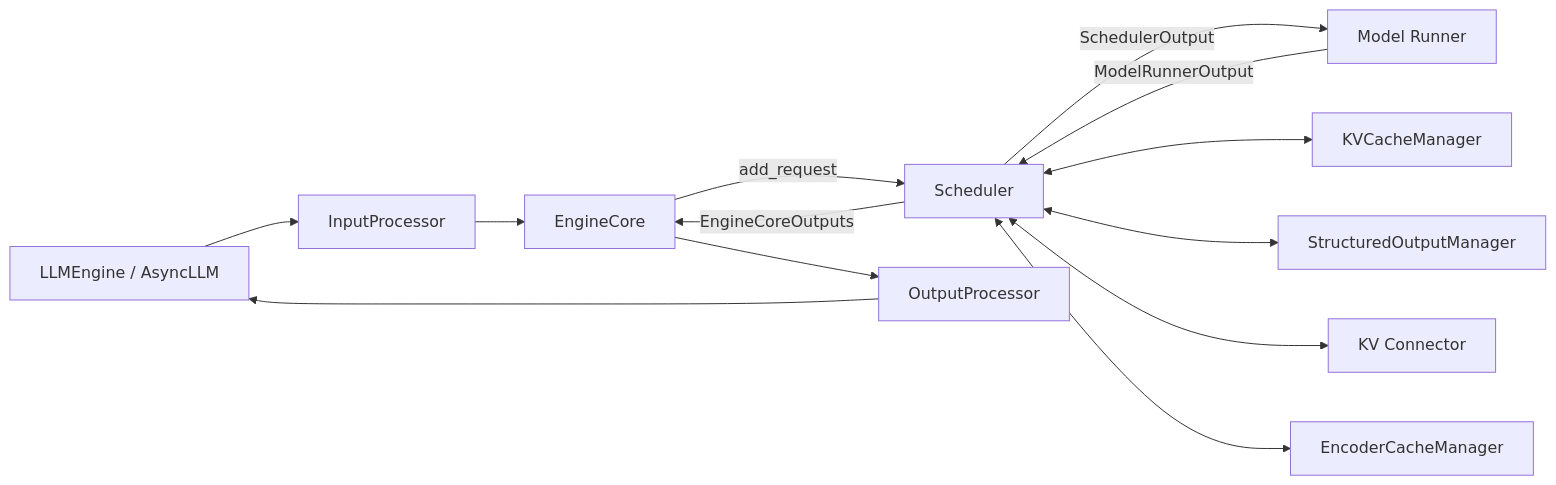
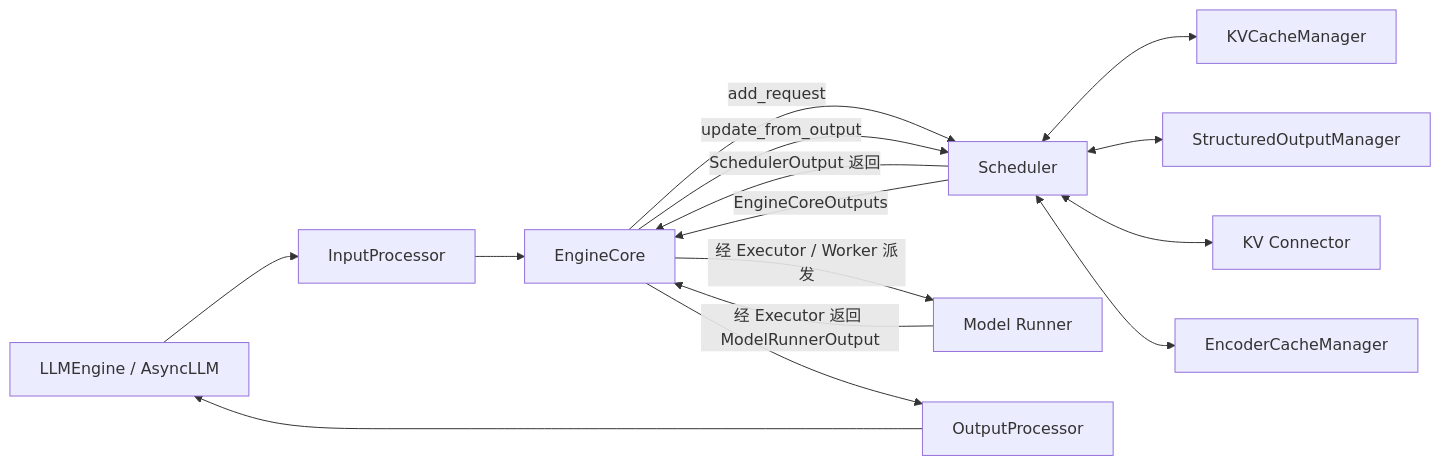
The third of 26 diagrams in book/04-scheduler/README.md (cluster1900/vllm_reader), drawn with Mermaid before and after one commit. The commit also changed other lines of this file and 38 other files, not shown here.

````diff
--- a/book/04-scheduler/README.md
+++ b/book/04-scheduler/README.md
@@ -173,15 +197,17 @@
 ```mermaid
 flowchart LR
     API[LLMEngine / AsyncLLM] --> IP[InputProcessor]
     IP --> EC[EngineCore]
     EC -->|add_request| S[Scheduler]
-    S -->|SchedulerOutput| MR[Model Runner]
-    MR -->|ModelRunnerOutput| S
+    S -->|SchedulerOutput 返回| EC
+    EC -->|经 Executor / Worker 派发| MR[Model Runner]
+    MR -->|经 Executor 返回 ModelRunnerOutput| EC
+    EC -->|update_from_output| S
     S -->|EngineCoreOutputs| EC
     EC --> OP[OutputProcessor]
     OP --> API
     S <--> KV[KVCacheManager]
     S <--> SO[StructuredOutputManager]
     S <--> KC[KV Connector]
     S <--> ENC[EncoderCacheManager]
 ```
````
